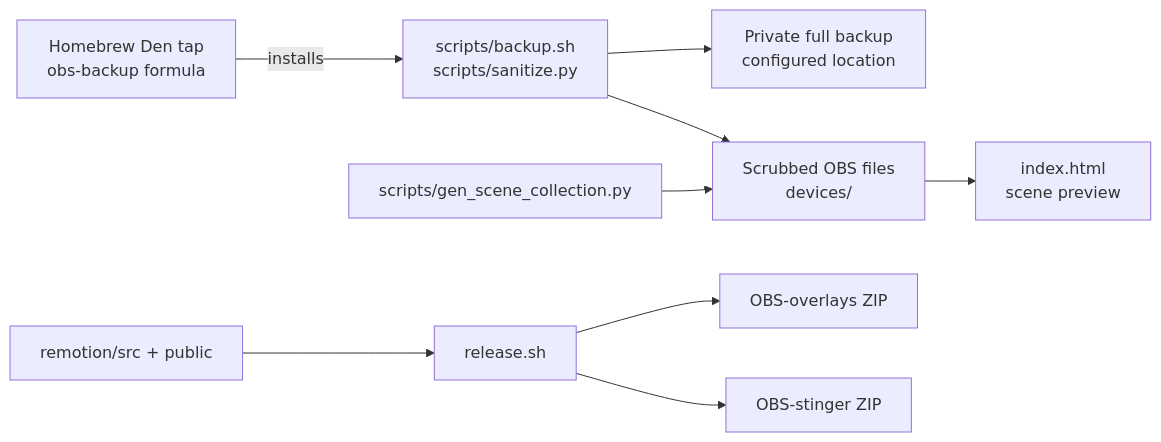
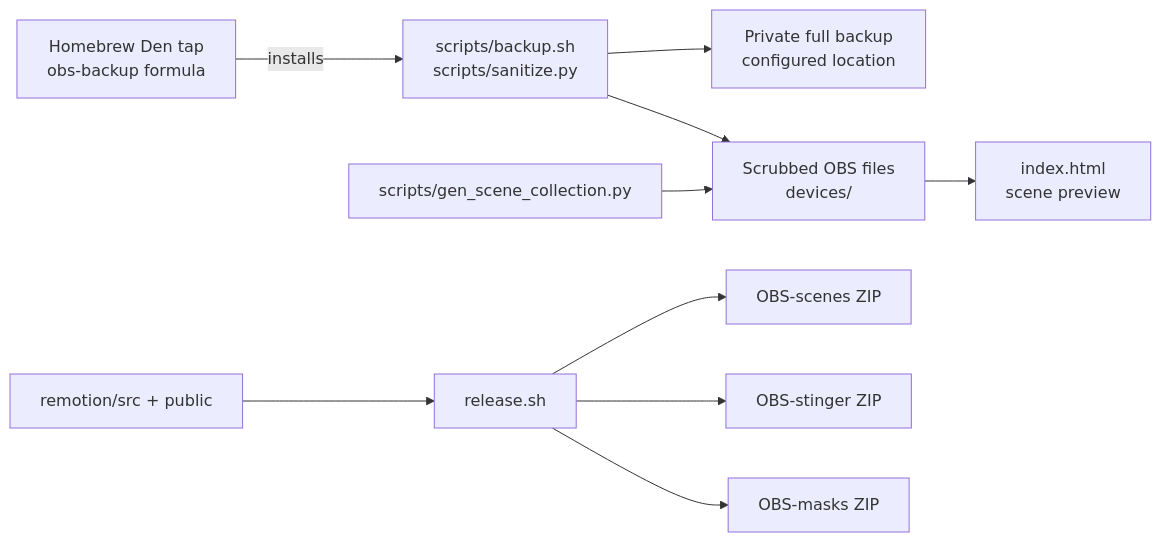
One commit to MrDemonWolf/obs-setup changed the diagram in README.md. Above: the diagram before and after it, drawn with Mermaid. The commit also changed other lines of this file and 10 other files, not shown here.

````diff
--- a/README.md
+++ b/README.md
@@ -51,11 +51,12 @@
 ```mermaid
 flowchart LR
     Tap["Homebrew Den tap<br/>obs-backup formula"] -->|installs| CLI["scripts/backup.sh<br/>scripts/sanitize.py"]
     CLI --> Raw["Private full backup<br/>configured location"]
     CLI --> Device["Scrubbed OBS files<br/>devices/"]
     Generator[scripts/gen_scene_collection.py] --> Device
     Device --> Preview["index.html<br/>scene preview"]
     Remotion[remotion/src + public] --> Release[release.sh]
-    Release --> OverlayZip[OBS-overlays ZIP]
+    Release --> ScenesZip[OBS-scenes ZIP]
     Release --> StingerZip[OBS-stinger ZIP]
+    Release --> MasksZip[OBS-masks ZIP]
 ```
````
